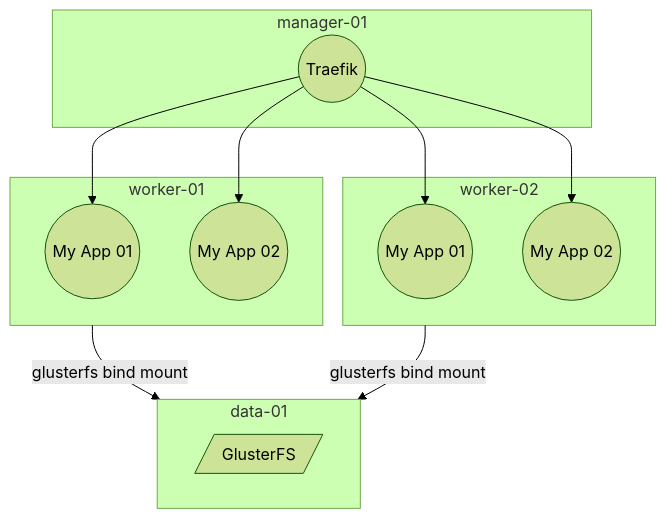
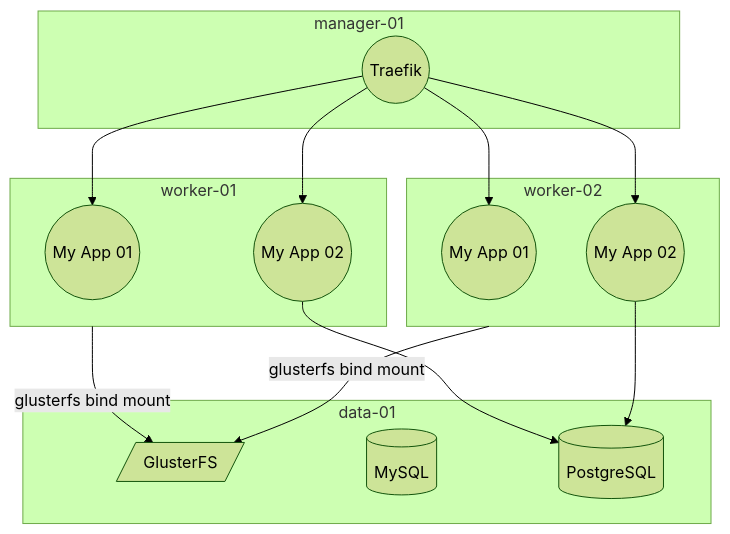
Before and after one commit to adr1enbe4udou1n/blog: the diagram in content/posts/2022-02-18-build-your-own-docker-swarm-cluster-part-2/index.md, drawn with Mermaid (forest theme). The commit also changed 3 other files, not shown here.

```diff
--- a/content/posts/2022-02-18-build-your-own-docker-swarm-cluster-part-2/index.md
+++ b/content/posts/2022-02-18-build-your-own-docker-swarm-cluster-part-2/index.md
@@ -60,23 +60,27 @@
 {{< mermaid >}}
 flowchart TD
 subgraph manager-01
 traefik((Traefik))
 end
 subgraph worker-01
 my-app-01-01((My App 01))
 my-app-02-01((My App 02))
 end
 subgraph worker-02
 my-app-01-02((My App 01))
 my-app-02-02((My App 02))
 end
 subgraph data-01
 storage[/GlusterFS/]
+db1[(MySQL)]
+db2[(PostgreSQL)]
 end
 traefik-->my-app-01-01
 traefik-->my-app-02-01
 traefik-->my-app-01-02
 traefik-->my-app-02-02
-worker-01-- glusterfs bind mount -->data-01
-worker-02-- glusterfs bind mount -->data-01
+worker-01-- glusterfs bind mount -->storage
+worker-02-- glusterfs bind mount -->storage
+my-app-02-01-->db2
+my-app-02-02-->db2
 {{< /mermaid >}}
```
